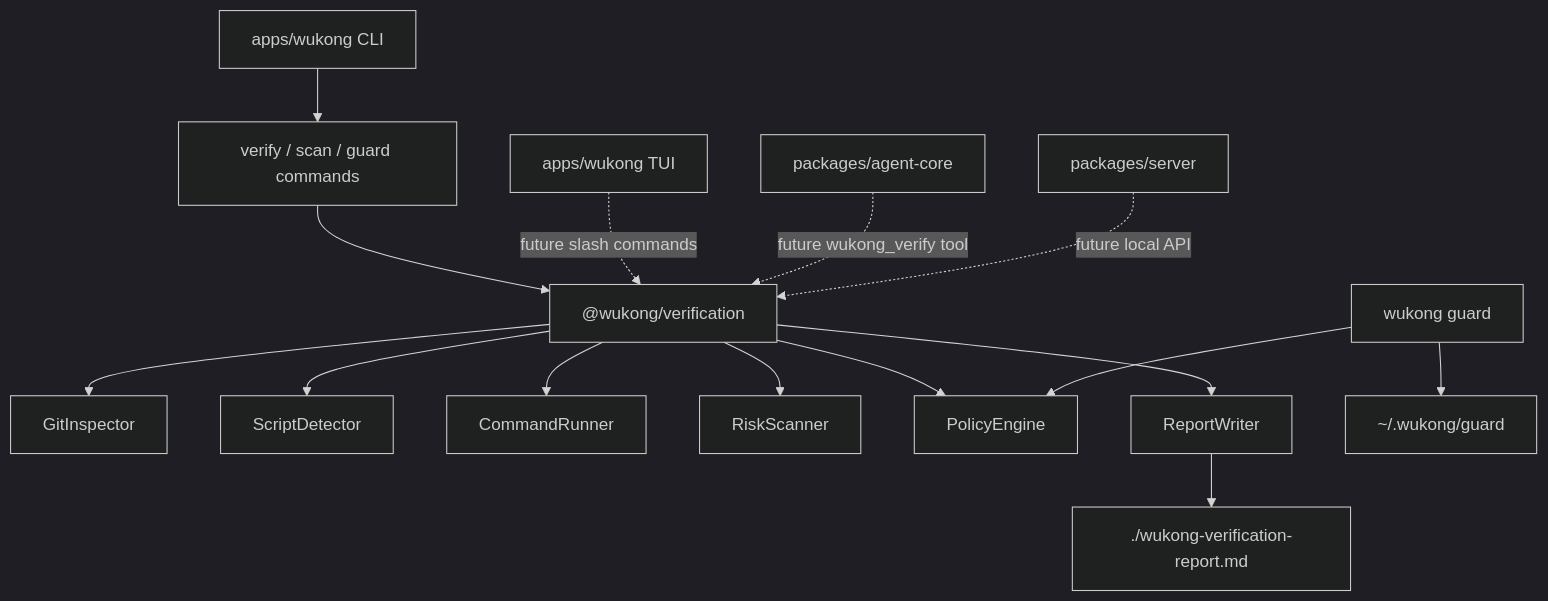
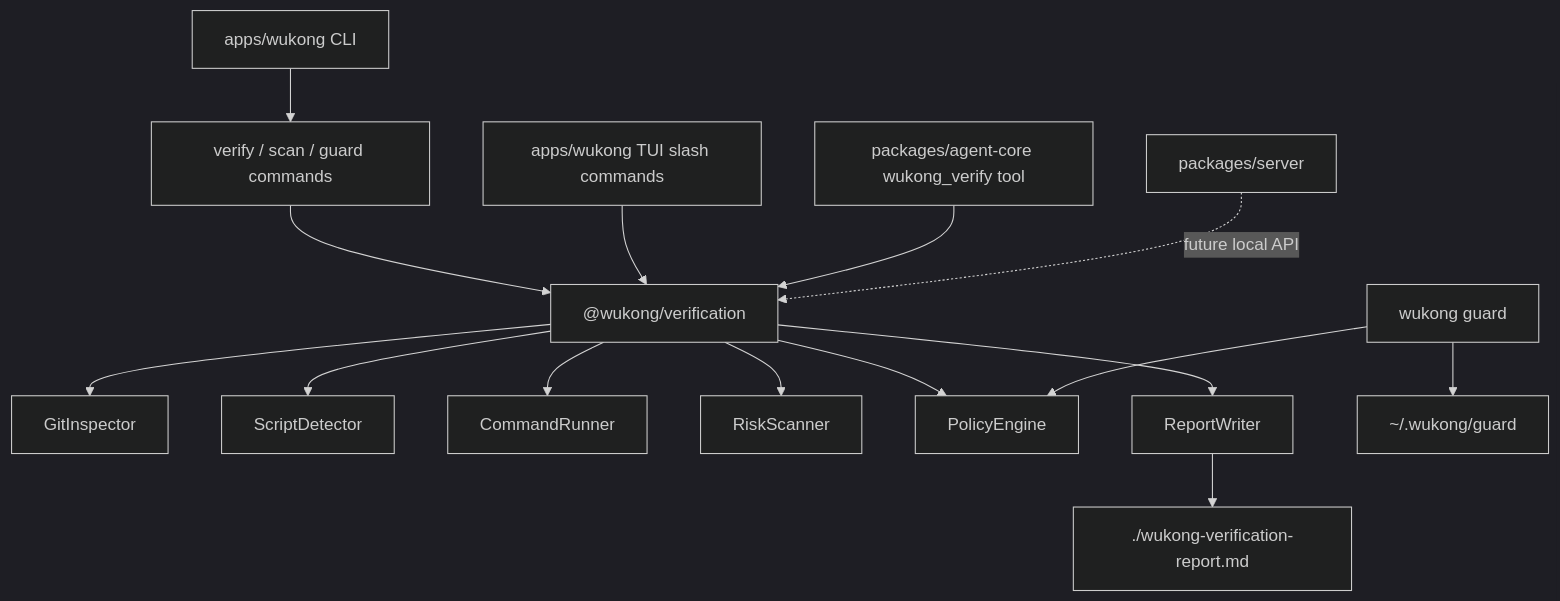
Before and after one commit to wukong-code/wukong_cli: the diagram in docs/tech/architecture.md, drawn with Mermaid (dark theme). The commit also changed other lines of this file and 28 other files, not shown here.

Commit message:
feat: add verification agent and TUI surfaces

````diff
--- a/docs/tech/architecture.md
+++ b/docs/tech/architecture.md
@@ -64,19 +70,19 @@
 ```mermaid
 flowchart TD
   CLI["apps/wukong CLI"] --> VerifyCmd["verify / scan / guard commands"]
   VerifyCmd --> Verification["@wukong/verification"]
-  TUI["apps/wukong TUI"] -. future slash commands .-> Verification
-  AgentCore["packages/agent-core"] -. future wukong_verify tool .-> Verification
+  TUI["apps/wukong TUI slash commands"] --> Verification
+  AgentCore["packages/agent-core wukong_verify tool"] --> Verification
   Server["packages/server"] -. future local API .-> Verification
 
   Verification --> GitInspector["GitInspector"]
   Verification --> ScriptDetector["ScriptDetector"]
   Verification --> CommandRunner["CommandRunner"]
   Verification --> RiskScanner["RiskScanner"]
   Verification --> PolicyEngine["PolicyEngine"]
   Verification --> ReportWriter["ReportWriter"]
 
   GuardCmd["wukong guard"] --> PolicyEngine
   GuardCmd --> GuardState["~/.wukong/guard"]
   ReportWriter --> ReportState["./wukong-verification-report.md"]
 ```
````
